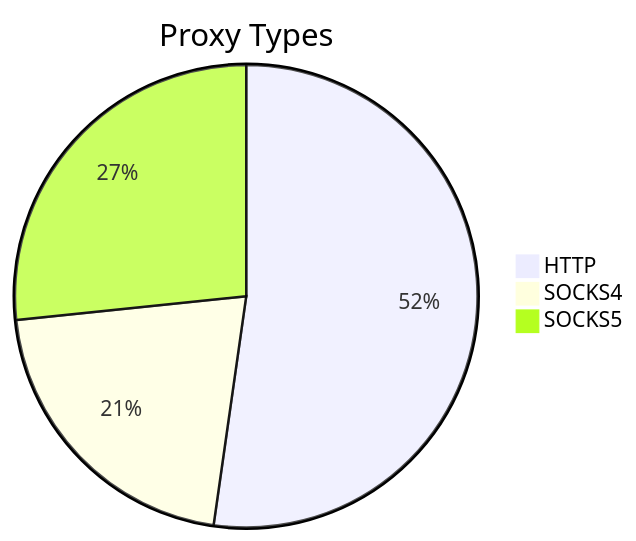
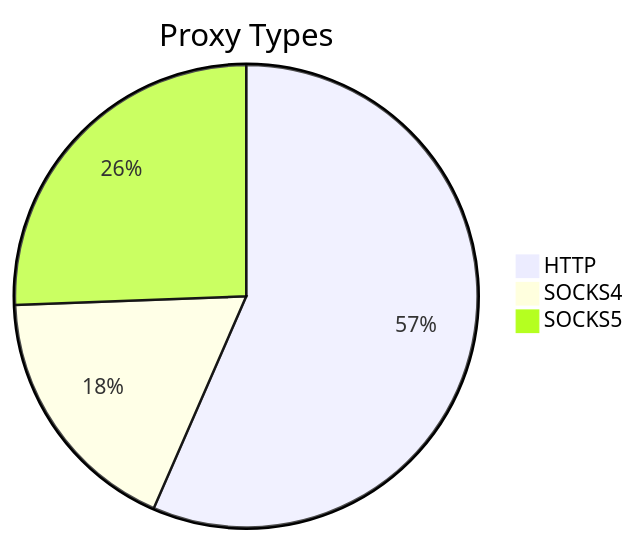
One commit to stormsia/proxy-list changed the first of 2 diagrams in README.md. Above: the diagram before and after it, drawn with Mermaid. The commit also changed other lines of this file, not shown here.

````diff
--- a/README.md
+++ b/README.md
@@ -21,6 +21,6 @@
 ```mermaid
 pie title Proxy Types
-    "HTTP" : 255
-    "SOCKS4" : 103
-    "SOCKS5" : 130
+    "HTTP" : 190
+    "SOCKS4" : 60
+    "SOCKS5" : 86
 ```
````
